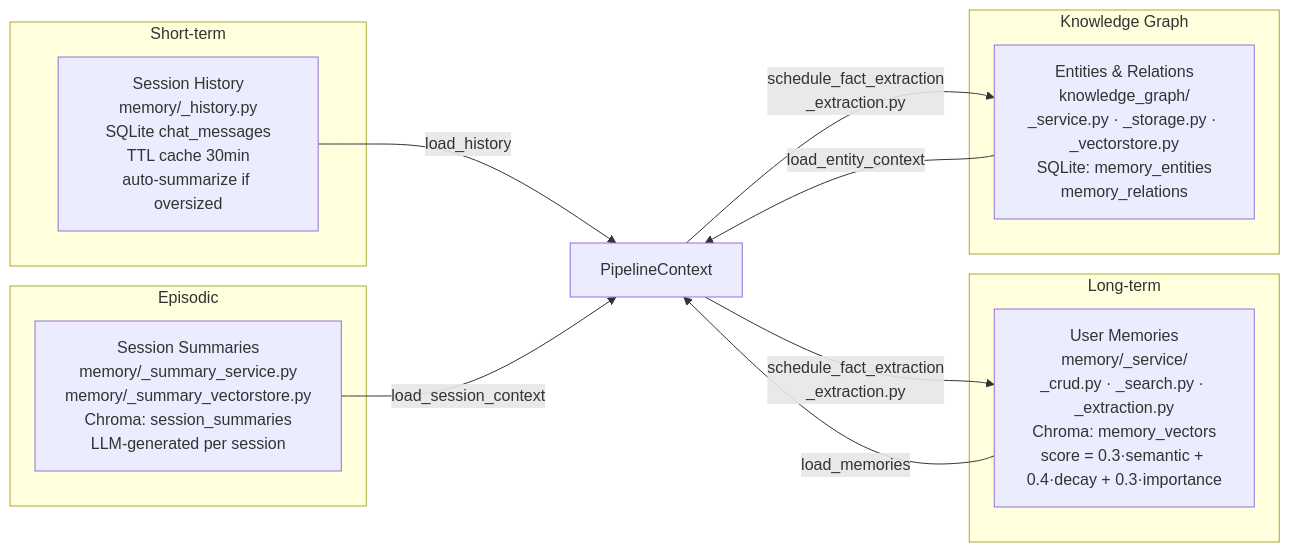
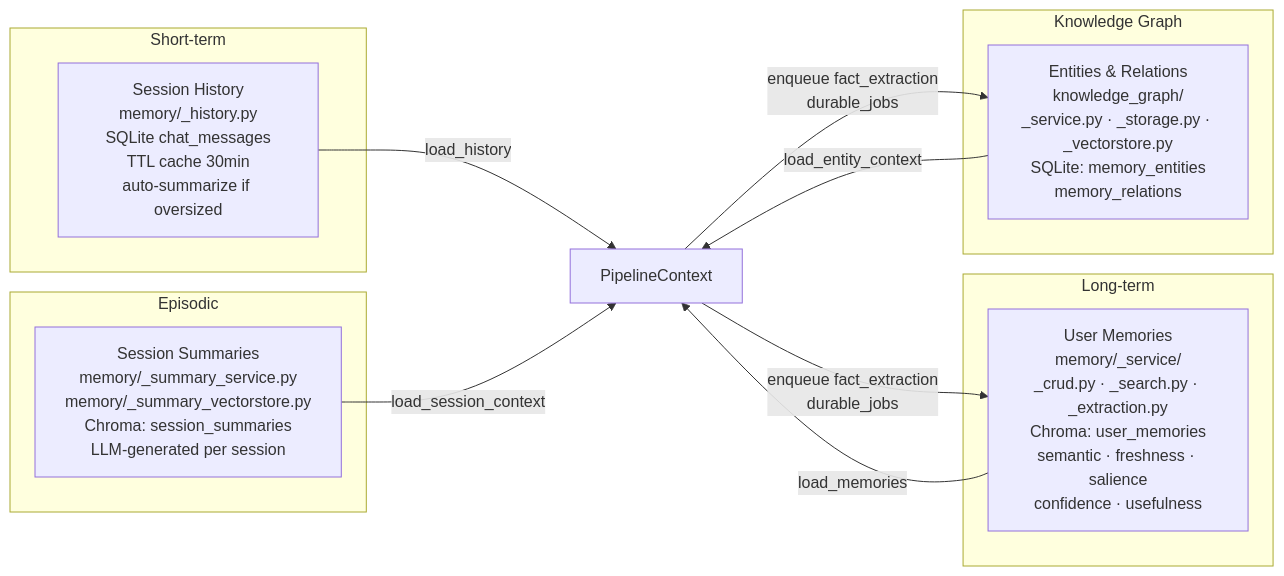
The third of 3 diagrams in docs/diagrams/rag-pipeline.md (lixiuyin/meeting-agent), drawn with Mermaid before and after one commit. The commit also changed other lines of this file and 842 other files, not shown here.

````diff
--- a/docs/diagrams/rag-pipeline.md
+++ b/docs/diagrams/rag-pipeline.md
@@ -217,26 +231,26 @@
 ```mermaid
 flowchart LR
     subgraph Short-term
         SH[Session History<br/>memory/_history.py<br/>SQLite chat_messages<br/>TTL cache 30min<br/>auto-summarize if oversized]
     end
 
     subgraph Long-term
-        LM[User Memories<br/>memory/_service/<br/>_crud.py · _search.py · _extraction.py<br/>Chroma: memory_vectors<br/>score = 0.3·semantic + 0.4·decay + 0.3·importance]
+        LM[User Memories<br/>memory/_service/<br/>_crud.py · _search.py · _extraction.py<br/>Chroma: user_memories<br/>semantic · freshness · salience<br/>confidence · usefulness]
     end
 
     subgraph Episodic
         ES[Session Summaries<br/>memory/_summary_service.py<br/>memory/_summary_vectorstore.py<br/>Chroma: session_summaries<br/>LLM-generated per session]
     end
 
     subgraph Knowledge Graph
         KG[Entities & Relations<br/>knowledge_graph/<br/>_service.py · _storage.py · _vectorstore.py<br/>SQLite: memory_entities<br/>memory_relations]
     end
 
     SH --> |load_history| Ctx[PipelineContext]
     LM --> |load_memories| Ctx
     ES --> |load_session_context| Ctx
     KG --> |load_entity_context| Ctx
 
-    Ctx --> |schedule_fact_extraction<br/>_extraction.py| LM
-    Ctx --> |schedule_fact_extraction<br/>_extraction.py| KG
+    Ctx --> |enqueue fact_extraction<br/>durable_jobs| LM
+    Ctx --> |enqueue fact_extraction<br/>durable_jobs| KG
 ```
````
